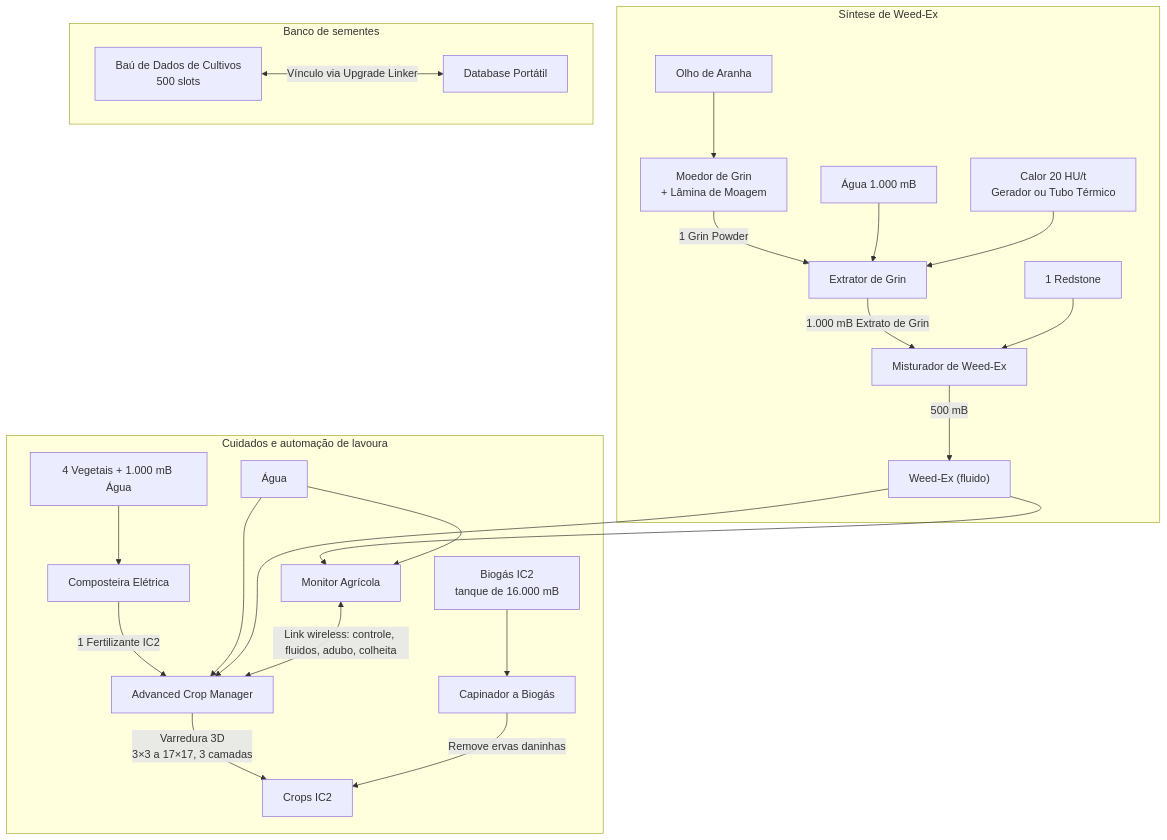
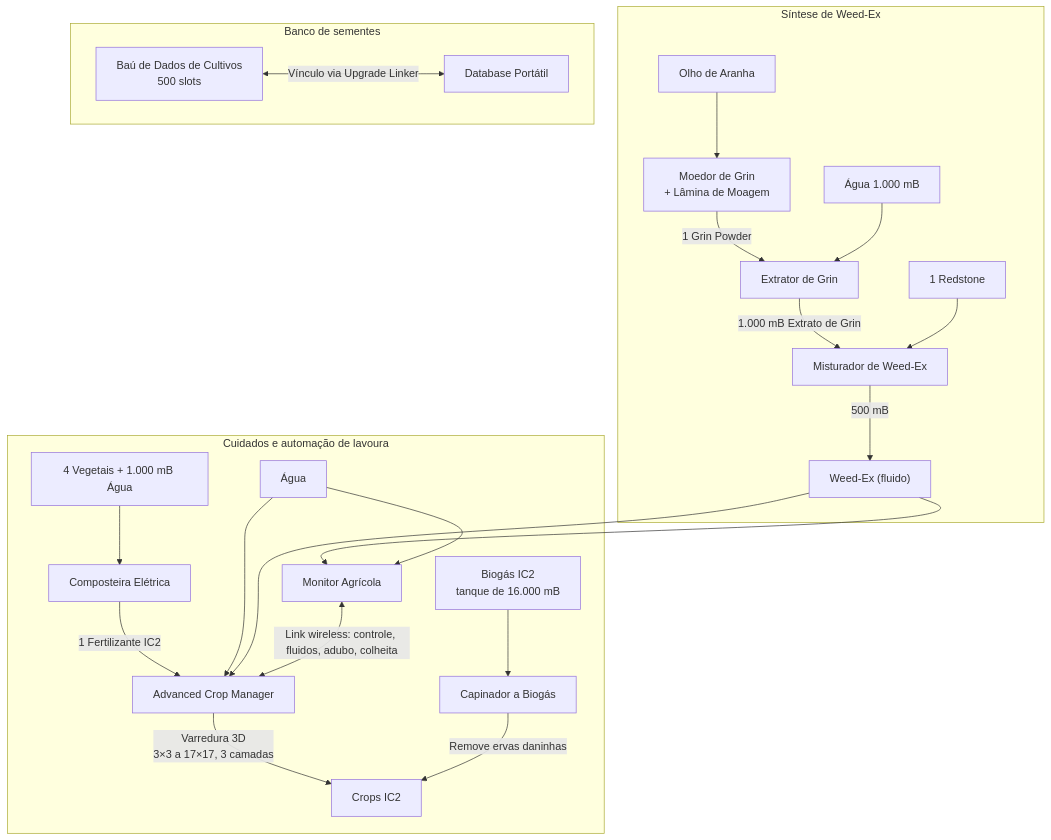
One commit to filipeleaalsilva-svg/IC2-Agronomy-Expansion changed the diagram in relatorio_tecnico_crop_manager.md. Above: the diagram before and after it, drawn with Mermaid. The commit also changed other lines of this file and 518 other files, not shown here.

````diff
--- a/relatorio_tecnico_crop_manager.md
+++ b/relatorio_tecnico_crop_manager.md
@@ -39,29 +39,28 @@
 ```mermaid
 flowchart TD
     subgraph WeedEx["Síntese de Weed-Ex"]
         OE["Olho de Aranha"] --> GG["Moedor de Grin<br/>+ Lâmina de Moagem"]
         GG -->|"1 Grin Powder"| GE["Extrator de Grin"]
         H2O["Água 1.000 mB"] --> GE
-        Calor["Calor 20 HU/t<br/>Gerador ou Tubo Térmico"] --> GE
         GE -->|"1.000 mB Extrato de Grin"| WM["Misturador de Weed-Ex"]
         RS["1 Redstone"] --> WM
         WM -->|"500 mB"| WEX["Weed-Ex (fluido)"]
     end
 
     subgraph Lavoura["Cuidados e automação de lavoura"]
         VEG["4 Vegetais + 1.000 mB Água"] --> EC["Composteira Elétrica"]
         EC -->|"1 Fertilizante IC2"| ACM["Advanced Crop Manager"]
         AGUA["Água"] --> ACM
         WEX --> ACM
         WEX --> AM["Monitor Agrícola"]
         AGUA --> AM
         ACM -->|"Varredura 3D<br/>3×3 a 17×17, 3 camadas"| CROPS["Crops IC2"]
         AM <-->|"Link wireless: controle, fluidos, adubo, colheita"| ACM
         BIO["Biogás IC2<br/>tanque de 16.000 mB"] --> BW["Capinador a Biogás"]
         BW -->|"Remove ervas daninhas"| CROPS
     end
 
     subgraph Dados["Banco de sementes"]
         CDC["Baú de Dados de Cultivos<br/>500 slots"] <-->|"Vínculo via Upgrade Linker"| PCD["Database Portátil"]
     end
 ```
````
